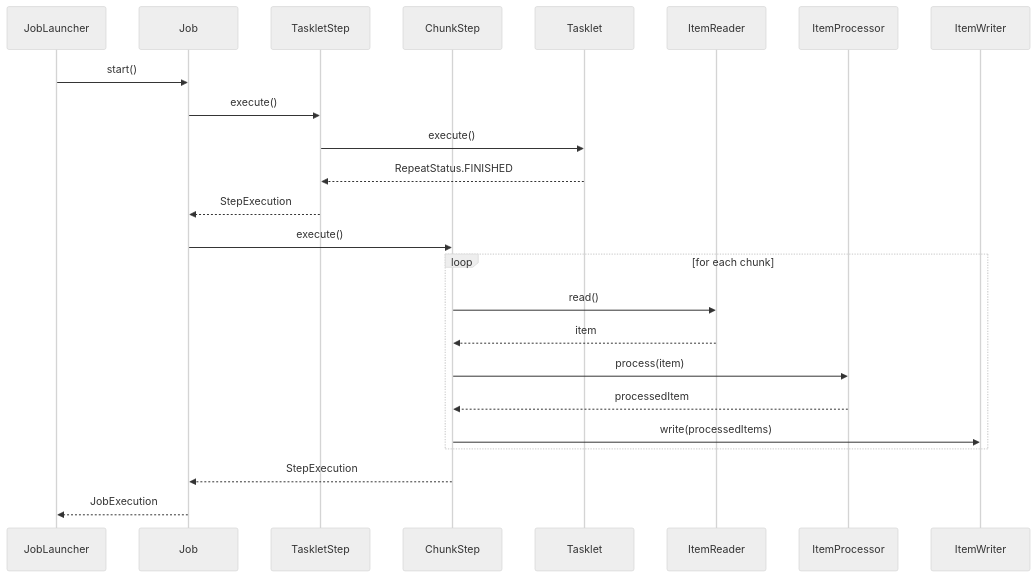
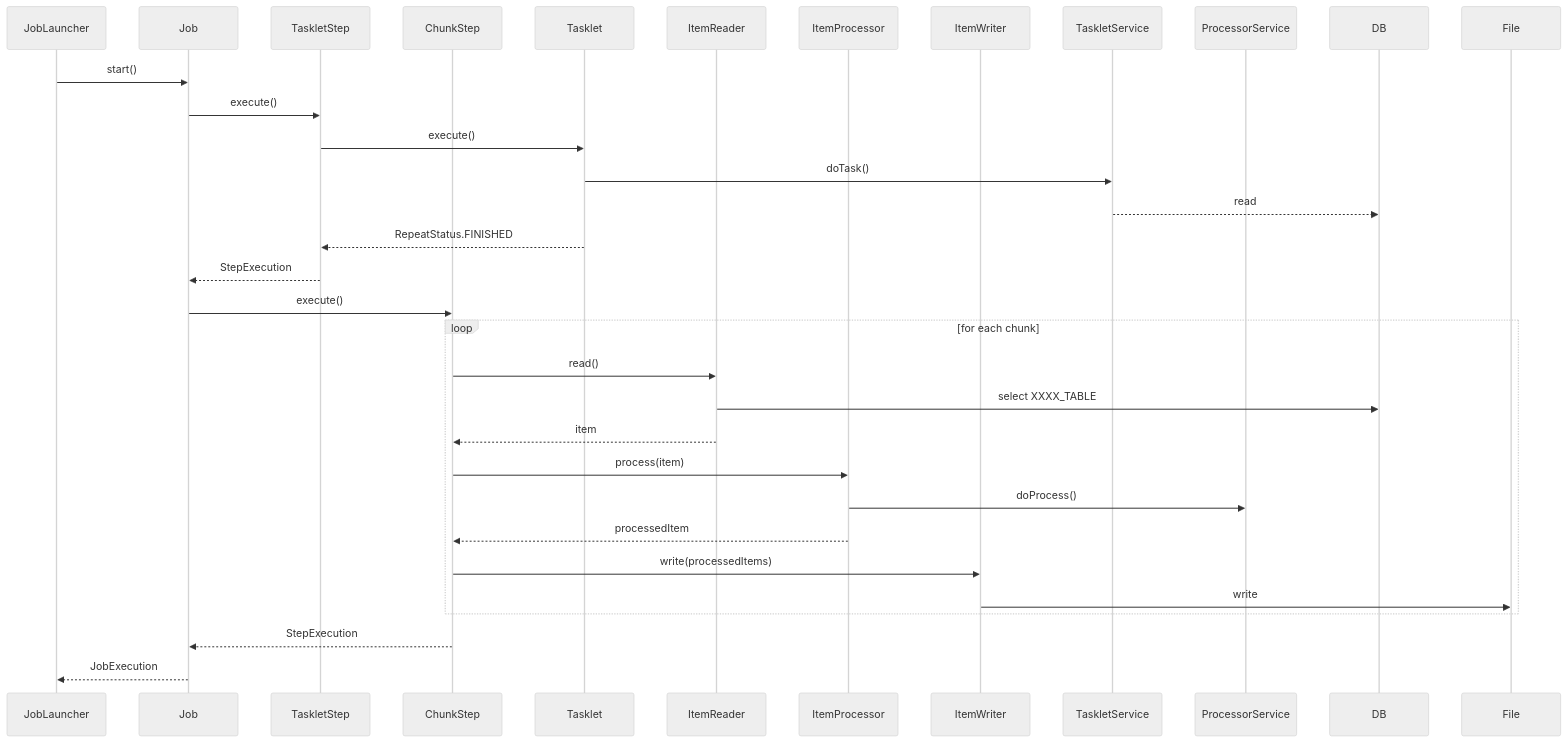
One commit to rhirabay/my--projects changed the diagram in java/spring-boot/batch/structure.md. Above: the diagram before and after it, drawn with Mermaid (neutral theme). The commit also changed 16 other files, not shown here.

````diff
--- a/java/spring-boot/batch/structure.md
+++ b/java/spring-boot/batch/structure.md
@@ -1,27 +1,36 @@
 ```mermaid
 sequenceDiagram
     participant JobLauncher
     participant Job
     participant Step1 as TaskletStep
     participant Step2 as ChunkStep
     participant Tasklet
     participant Reader as ItemReader
     participant Processor as ItemProcessor
     participant Writer as ItemWriter
+    participant TaskletService
+    participant ProcessorService
+    participant DB
+    participant File
 
     JobLauncher->>Job: start()
     Job->>Step1: execute()
     Step1->>Tasklet: execute()
+    Tasklet->>TaskletService: doTask()
+    TaskletService-->>DB: read
     Tasklet-->>Step1: RepeatStatus.FINISHED
     Step1-->>Job: StepExecution
     Job->>Step2: execute()
     loop for each chunk
         Step2->>Reader: read()
+        Reader->>DB: select XXXX_TABLE
         Reader-->>Step2: item
         Step2->>Processor: process(item)
+        Processor->>ProcessorService: doProcess()
         Processor-->>Step2: processedItem
         Step2->>Writer: write(processedItems)
+        Writer->>File: write
     end
     Step2-->>Job: StepExecution
     Job-->>JobLauncher: JobExecution
 ```
````
